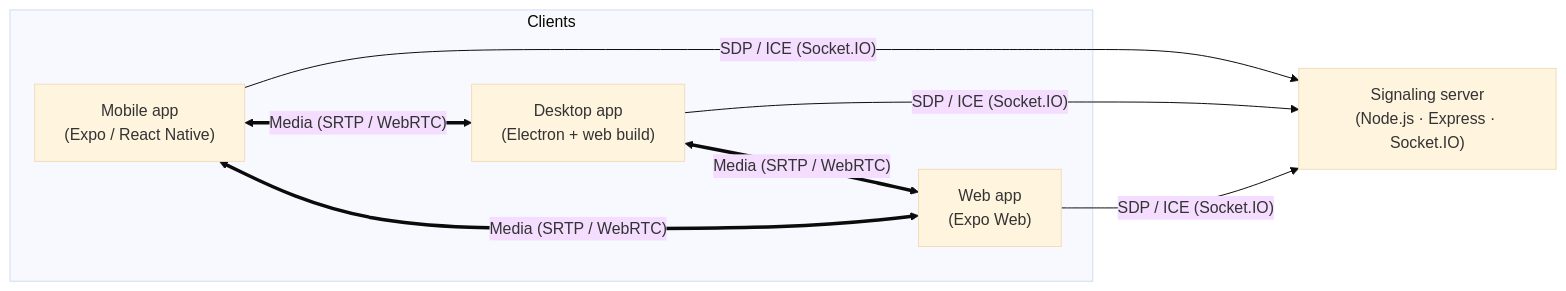
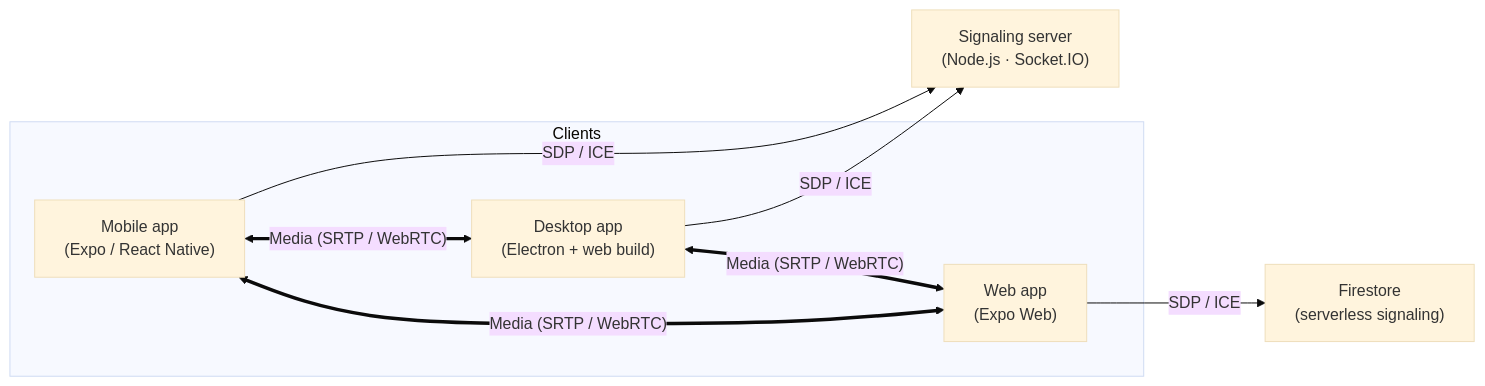
One commit to alexalghisi/collab changed the first of 3 diagrams in README.md. Above: the diagram before and after it, drawn with Mermaid (base theme). The commit also changed other lines of this file, not shown here.

First line of the commit message:
docs: describe the Firestore and Socket.IO signaling transports

````diff
--- a/README.md
+++ b/README.md
@@ -67,18 +72,19 @@
 ```mermaid
 flowchart LR
   subgraph Clients
     A["Mobile app<br/>(Expo / React Native)"]
     B["Desktop app<br/>(Electron + web build)"]
     C["Web app<br/>(Expo Web)"]
   end
 
-  S["Signaling server<br/>(Node.js · Express · Socket.IO)"]
+  S["Signaling server<br/>(Node.js · Socket.IO)"]
+  F["Firestore<br/>(serverless signaling)"]
 
-  A -- "SDP / ICE (Socket.IO)" --> S
-  B -- "SDP / ICE (Socket.IO)" --> S
-  C -- "SDP / ICE (Socket.IO)" --> S
+  A -- "SDP / ICE" --> S
+  B -- "SDP / ICE" --> S
+  C -- "SDP / ICE" --> F
 
   A <== "Media (SRTP / WebRTC)" ==> B
   B <== "Media (SRTP / WebRTC)" ==> C
   A <== "Media (SRTP / WebRTC)" ==> C
 ```
````
